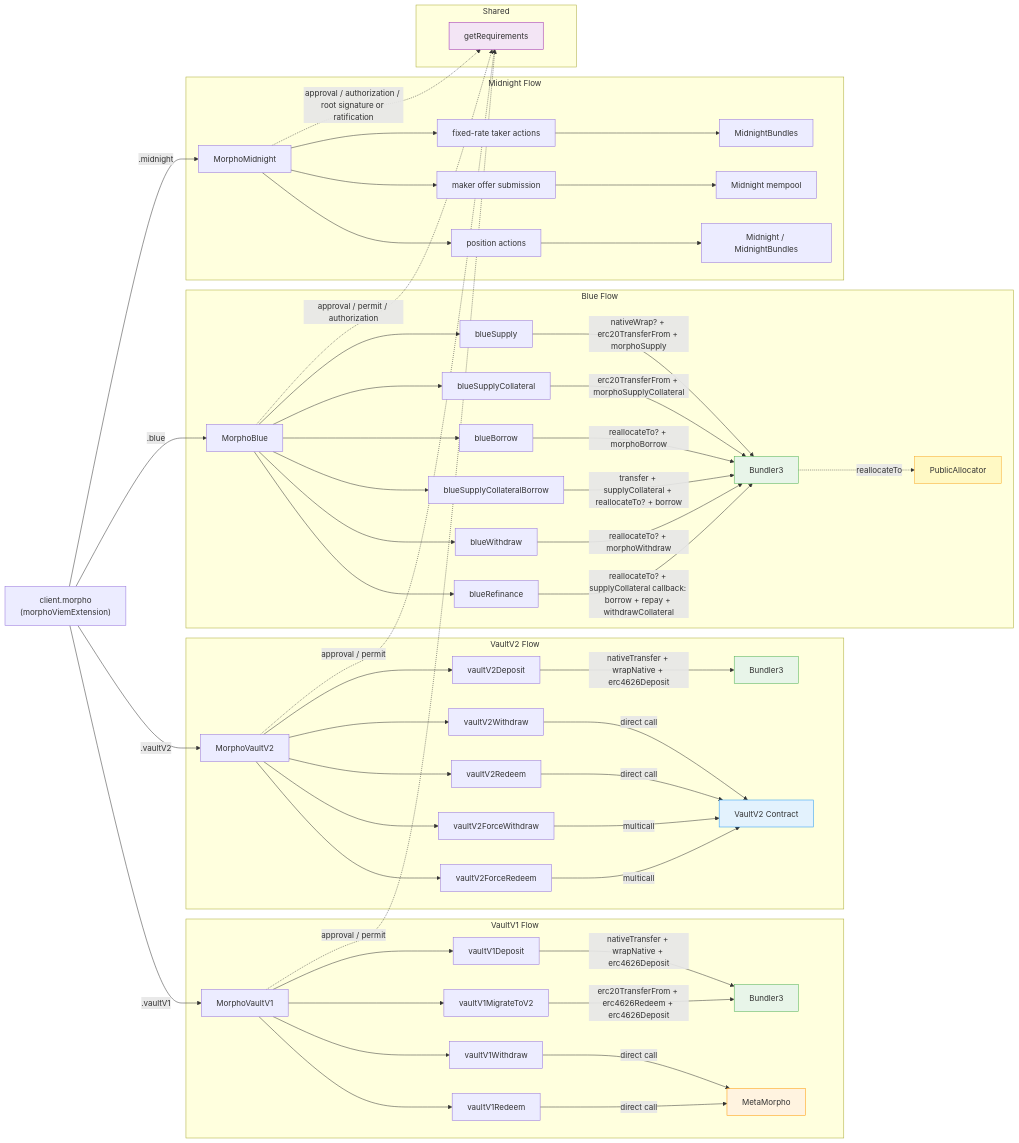
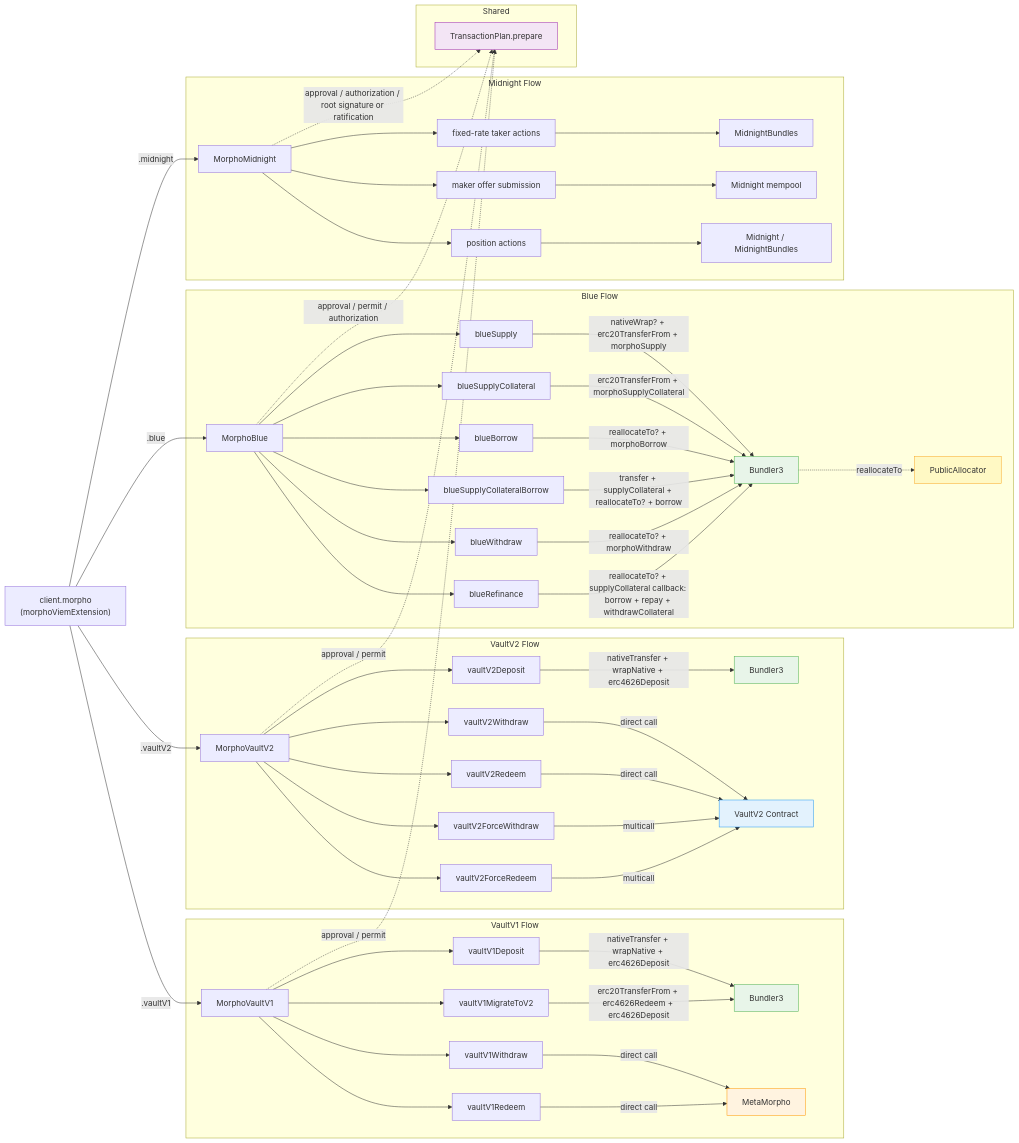
One commit to morpho-org/sdks changed the diagram in packages/morpho-sdk/README.md. Above: the diagram before and after it, drawn with Mermaid. The commit also changed other lines of this file and 24 other files, not shown here.

Commit message:
fix(morpho-sdk): update transaction plan docs and signature types

```diff
--- a/packages/morpho-sdk/README.md
+++ b/packages/morpho-sdk/README.md
@@ -615,7 +637,7 @@
 
 
     subgraph Shared
-        REQ[getRequirements]
+        REQ[TransactionPlan.prepare]
     end
 
     MV1 -.->|approval / permit| REQ
```
